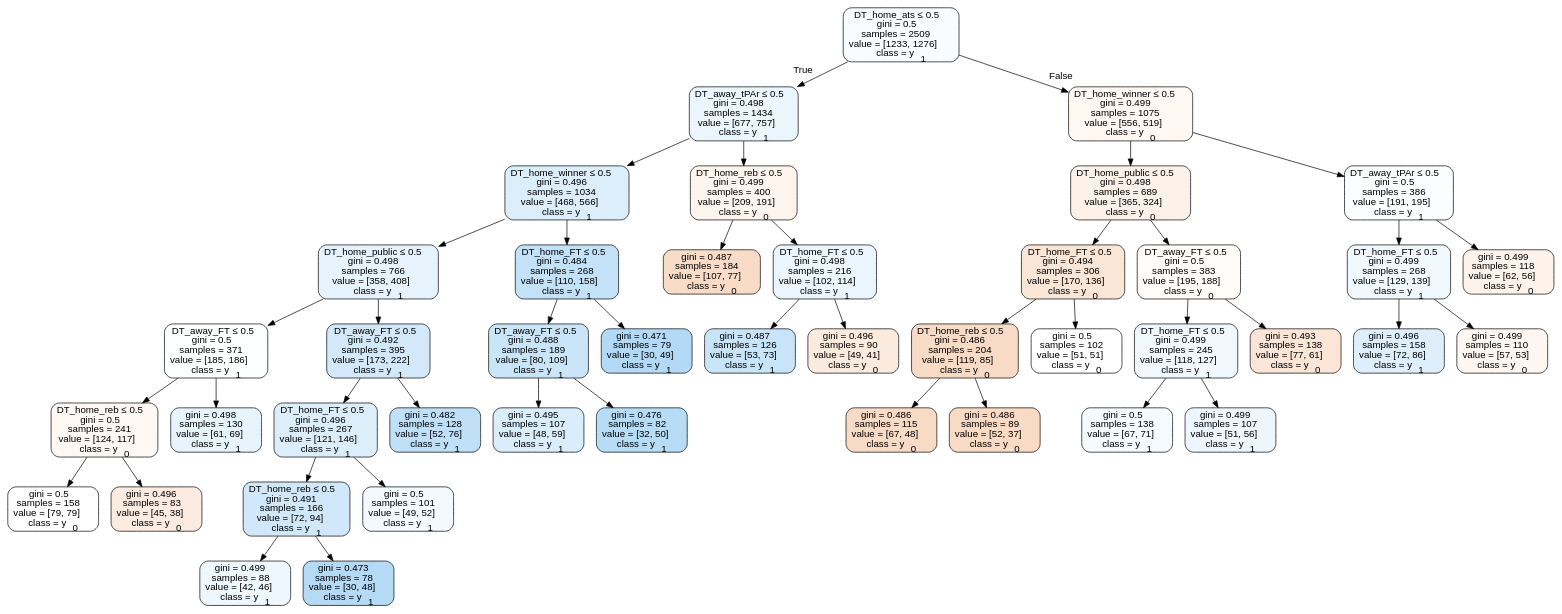
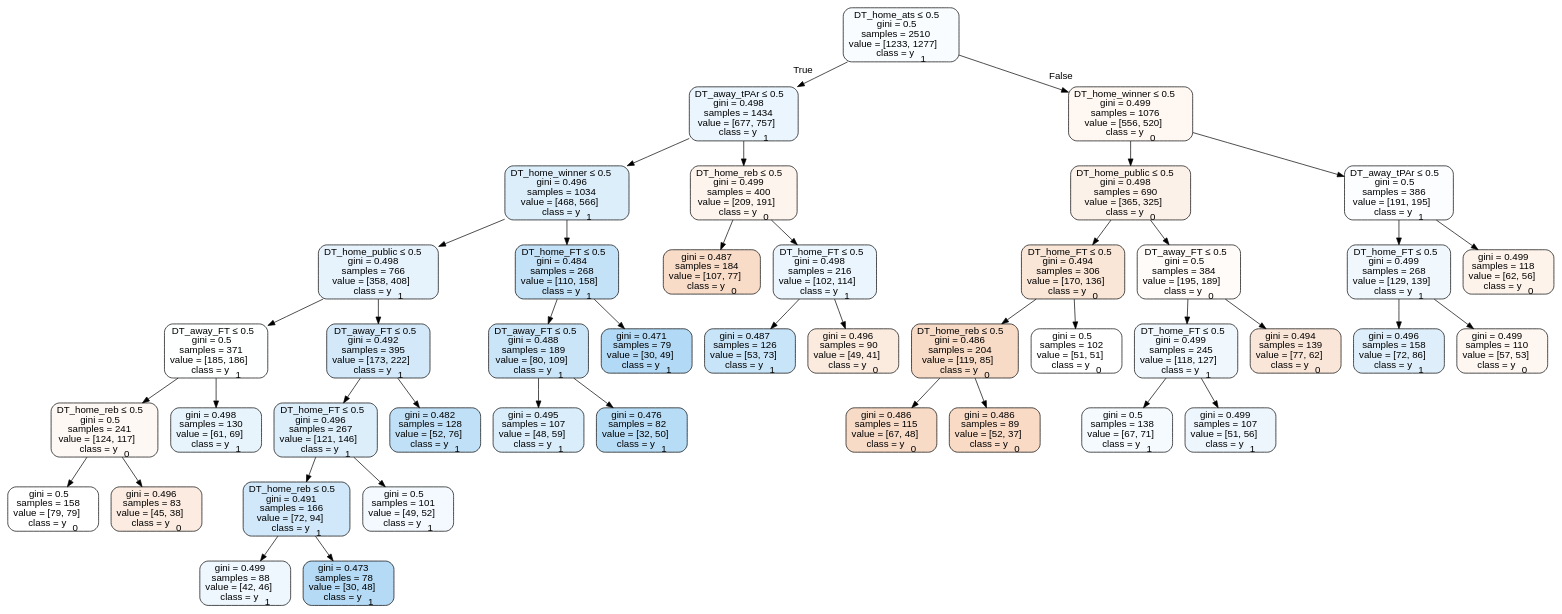
Before and after one commit to usbogie/ncaa-bets: the diagram in Basketball/data/trees/tree2013neutral.dot, drawn with Graphviz. The commit also changed 29 other files, not shown here.

```diff
--- a/Basketball/data/trees/tree2013neutral.dot
+++ b/Basketball/data/trees/tree2013neutral.dot
@@ -1,89 +1,89 @@
 digraph Tree {
 node [shape=box, style="filled, rounded", color="black", fontname=helvetica] ;
 edge [fontname=helvetica] ;
-0 [label=<DT_home_ats &le; 0.5<br/>gini = 0.5<br/>samples = 2509<br/>value = [1233, 1276]<br/>class = y<SUB>1</SUB>>, fillcolor="#399de509"] ;
+0 [label=<DT_home_ats &le; 0.5<br/>gini = 0.5<br/>samples = 2510<br/>value = [1233, 1277]<br/>class = y<SUB>1</SUB>>, fillcolor="#399de509"] ;
 1 [label=<DT_away_tPAr &le; 0.5<br/>gini = 0.498<br/>samples = 1434<br/>value = [677, 757]<br/>class = y<SUB>1</SUB>>, fillcolor="#399de51b"] ;
 0 -> 1 [labeldistance=2.5, labelangle=45, headlabel="True"] ;
 2 [label=<DT_home_winner &le; 0.5<br/>gini = 0.496<br/>samples = 1034<br/>value = [468, 566]<br/>class = y<SUB>1</SUB>>, fillcolor="#399de52c"] ;
 1 -> 2 ;
 3 [label=<DT_home_public &le; 0.5<br/>gini = 0.498<br/>samples = 766<br/>value = [358, 408]<br/>class = y<SUB>1</SUB>>, fillcolor="#399de51f"] ;
 2 -> 3 ;
 4 [label=<DT_away_FT &le; 0.5<br/>gini = 0.5<br/>samples = 371<br/>value = [185, 186]<br/>class = y<SUB>1</SUB>>, fillcolor="#399de501"] ;
 3 -> 4 ;
 5 [label=<DT_home_reb &le; 0.5<br/>gini = 0.5<br/>samples = 241<br/>value = [124, 117]<br/>class = y<SUB>0</SUB>>, fillcolor="#e581390e"] ;
 4 -> 5 ;
 6 [label=<gini = 0.5<br/>samples = 158<br/>value = [79, 79]<br/>class = y<SUB>0</SUB>>, fillcolor="#e5813900"] ;
 5 -> 6 ;
 7 [label=<gini = 0.496<br/>samples = 83<br/>value = [45, 38]<br/>class = y<SUB>0</SUB>>, fillcolor="#e5813928"] ;
 5 -> 7 ;
 8 [label=<gini = 0.498<br/>samples = 130<br/>value = [61, 69]<br/>class = y<SUB>1</SUB>>, fillcolor="#399de51e"] ;
 4 -> 8 ;
 9 [label=<DT_away_FT &le; 0.5<br/>gini = 0.492<br/>samples = 395<br/>value = [173, 222]<br/>class = y<SUB>1</SUB>>, fillcolor="#399de538"] ;
 3 -> 9 ;
 10 [label=<DT_home_FT &le; 0.5<br/>gini = 0.496<br/>samples = 267<br/>value = [121, 146]<br/>class = y<SUB>1</SUB>>, fillcolor="#399de52c"] ;
 9 -> 10 ;
 11 [label=<DT_home_reb &le; 0.5<br/>gini = 0.491<br/>samples = 166<br/>value = [72, 94]<br/>class = y<SUB>1</SUB>>, fillcolor="#399de53c"] ;
 10 -> 11 ;
 12 [label=<gini = 0.499<br/>samples = 88<br/>value = [42, 46]<br/>class = y<SUB>1</SUB>>, fillcolor="#399de516"] ;
 11 -> 12 ;
 13 [label=<gini = 0.473<br/>samples = 78<br/>value = [30, 48]<br/>class = y<SUB>1</SUB>>, fillcolor="#399de560"] ;
 11 -> 13 ;
 14 [label=<gini = 0.5<br/>samples = 101<br/>value = [49, 52]<br/>class = y<SUB>1</SUB>>, fillcolor="#399de50f"] ;
 10 -> 14 ;
 15 [label=<gini = 0.482<br/>samples = 128<br/>value = [52, 76]<br/>class = y<SUB>1</SUB>>, fillcolor="#399de551"] ;
 9 -> 15 ;
 16 [label=<DT_home_FT &le; 0.5<br/>gini = 0.484<br/>samples = 268<br/>value = [110, 158]<br/>class = y<SUB>1</SUB>>, fillcolor="#399de54d"] ;
 2 -> 16 ;
 17 [label=<DT_away_FT &le; 0.5<br/>gini = 0.488<br/>samples = 189<br/>value = [80, 109]<br/>class = y<SUB>1</SUB>>, fillcolor="#399de544"] ;
 16 -> 17 ;
 18 [label=<gini = 0.495<br/>samples = 107<br/>value = [48, 59]<br/>class = y<SUB>1</SUB>>, fillcolor="#399de530"] ;
 17 -> 18 ;
 19 [label=<gini = 0.476<br/>samples = 82<br/>value = [32, 50]<br/>class = y<SUB>1</SUB>>, fillcolor="#399de55c"] ;
 17 -> 19 ;
 20 [label=<gini = 0.471<br/>samples = 79<br/>value = [30, 49]<br/>class = y<SUB>1</SUB>>, fillcolor="#399de563"] ;
 16 -> 20 ;
 21 [label=<DT_home_reb &le; 0.5<br/>gini = 0.499<br/>samples = 400<br/>value = [209, 191]<br/>class = y<SUB>0</SUB>>, fillcolor="#e5813916"] ;
 1 -> 21 ;
 22 [label=<gini = 0.487<br/>samples = 184<br/>value = [107, 77]<br/>class = y<SUB>0</SUB>>, fillcolor="#e5813947"] ;
 21 -> 22 ;
 23 [label=<DT_home_FT &le; 0.5<br/>gini = 0.498<br/>samples = 216<br/>value = [102, 114]<br/>class = y<SUB>1</SUB>>, fillcolor="#399de51b"] ;
 21 -> 23 ;
 24 [label=<gini = 0.487<br/>samples = 126<br/>value = [53, 73]<br/>class = y<SUB>1</SUB>>, fillcolor="#399de546"] ;
 23 -> 24 ;
 25 [label=<gini = 0.496<br/>samples = 90<br/>value = [49, 41]<br/>class = y<SUB>0</SUB>>, fillcolor="#e581392a"] ;
 23 -> 25 ;
-26 [label=<DT_home_winner &le; 0.5<br/>gini = 0.499<br/>samples = 1075<br/>value = [556, 519]<br/>class = y<SUB>0</SUB>>, fillcolor="#e5813911"] ;
+26 [label=<DT_home_winner &le; 0.5<br/>gini = 0.499<br/>samples = 1076<br/>value = [556, 520]<br/>class = y<SUB>0</SUB>>, fillcolor="#e5813911"] ;
 0 -> 26 [labeldistance=2.5, labelangle=-45, headlabel="False"] ;
-27 [label=<DT_home_public &le; 0.5<br/>gini = 0.498<br/>samples = 689<br/>value = [365, 324]<br/>class = y<SUB>0</SUB>>, fillcolor="#e581391d"] ;
+27 [label=<DT_home_public &le; 0.5<br/>gini = 0.498<br/>samples = 690<br/>value = [365, 325]<br/>class = y<SUB>0</SUB>>, fillcolor="#e581391c"] ;
 26 -> 27 ;
 28 [label=<DT_home_FT &le; 0.5<br/>gini = 0.494<br/>samples = 306<br/>value = [170, 136]<br/>class = y<SUB>0</SUB>>, fillcolor="#e5813933"] ;
 27 -> 28 ;
 29 [label=<DT_home_reb &le; 0.5<br/>gini = 0.486<br/>samples = 204<br/>value = [119, 85]<br/>class = y<SUB>0</SUB>>, fillcolor="#e5813949"] ;
 28 -> 29 ;
 30 [label=<gini = 0.486<br/>samples = 115<br/>value = [67, 48]<br/>class = y<SUB>0</SUB>>, fillcolor="#e5813948"] ;
 29 -> 30 ;
 31 [label=<gini = 0.486<br/>samples = 89<br/>value = [52, 37]<br/>class = y<SUB>0</SUB>>, fillcolor="#e581394a"] ;
 29 -> 31 ;
 32 [label=<gini = 0.5<br/>samples = 102<br/>value = [51, 51]<br/>class = y<SUB>0</SUB>>, fillcolor="#e5813900"] ;
 28 -> 32 ;
-33 [label=<DT_away_FT &le; 0.5<br/>gini = 0.5<br/>samples = 383<br/>value = [195, 188]<br/>class = y<SUB>0</SUB>>, fillcolor="#e5813909"] ;
+33 [label=<DT_away_FT &le; 0.5<br/>gini = 0.5<br/>samples = 384<br/>value = [195, 189]<br/>class = y<SUB>0</SUB>>, fillcolor="#e5813908"] ;
 27 -> 33 ;
 34 [label=<DT_home_FT &le; 0.5<br/>gini = 0.499<br/>samples = 245<br/>value = [118, 127]<br/>class = y<SUB>1</SUB>>, fillcolor="#399de512"] ;
 33 -> 34 ;
 35 [label=<gini = 0.5<br/>samples = 138<br/>value = [67, 71]<br/>class = y<SUB>1</SUB>>, fillcolor="#399de50e"] ;
 34 -> 35 ;
 36 [label=<gini = 0.499<br/>samples = 107<br/>value = [51, 56]<br/>class = y<SUB>1</SUB>>, fillcolor="#399de517"] ;
 34 -> 36 ;
-37 [label=<gini = 0.493<br/>samples = 138<br/>value = [77, 61]<br/>class = y<SUB>0</SUB>>, fillcolor="#e5813935"] ;
+37 [label=<gini = 0.494<br/>samples = 139<br/>value = [77, 62]<br/>class = y<SUB>0</SUB>>, fillcolor="#e5813932"] ;
 33 -> 37 ;
 38 [label=<DT_away_tPAr &le; 0.5<br/>gini = 0.5<br/>samples = 386<br/>value = [191, 195]<br/>class = y<SUB>1</SUB>>, fillcolor="#399de505"] ;
 26 -> 38 ;
 39 [label=<DT_home_FT &le; 0.5<br/>gini = 0.499<br/>samples = 268<br/>value = [129, 139]<br/>class = y<SUB>1</SUB>>, fillcolor="#399de512"] ;
 38 -> 39 ;
 40 [label=<gini = 0.496<br/>samples = 158<br/>value = [72, 86]<br/>class = y<SUB>1</SUB>>, fillcolor="#399de52a"] ;
 39 -> 40 ;
 41 [label=<gini = 0.499<br/>samples = 110<br/>value = [57, 53]<br/>class = y<SUB>0</SUB>>, fillcolor="#e5813912"] ;
 39 -> 41 ;
 42 [label=<gini = 0.499<br/>samples = 118<br/>value = [62, 56]<br/>class = y<SUB>0</SUB>>, fillcolor="#e5813919"] ;
 38 -> 42 ;
 }
```
